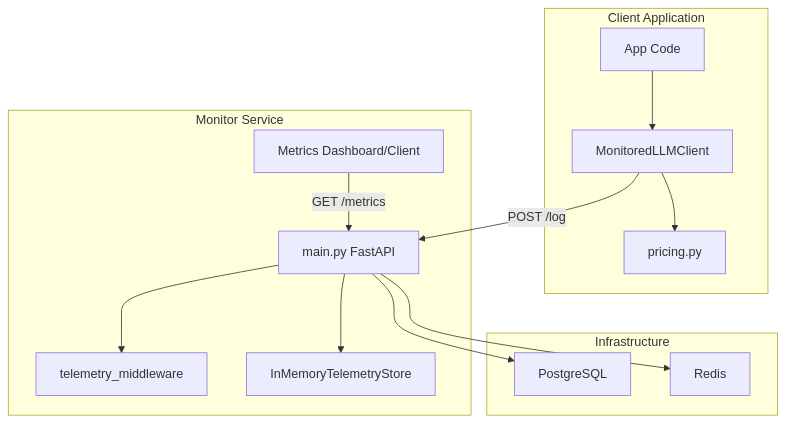
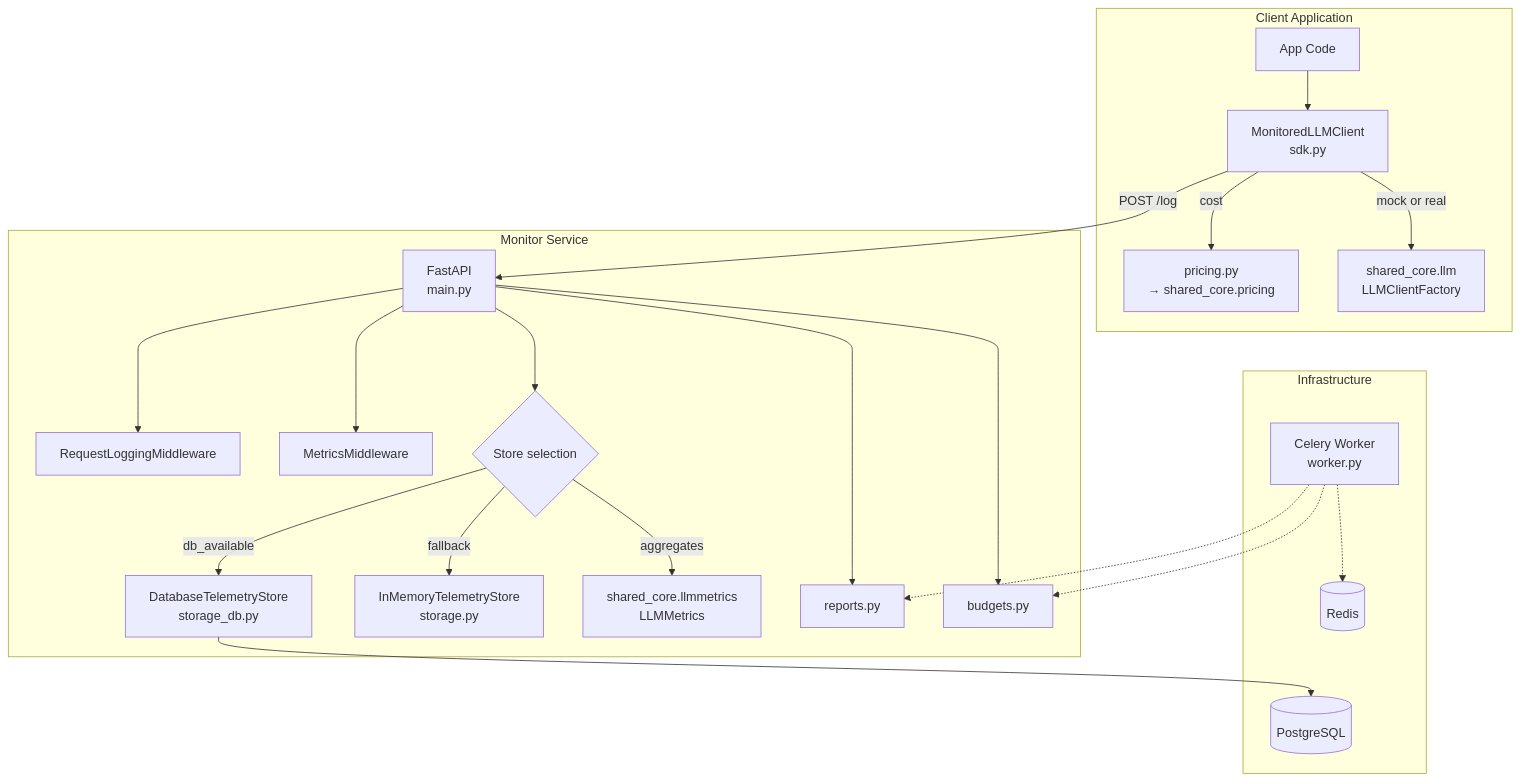
The first of 3 diagrams in docs/architecture.md (FishRaposo/llm-cost-latency-monitor), drawn with Mermaid before and after one commit. The commit also changed other lines of this file and 94 other files, not shown here.

````diff
--- a/docs/architecture.md
+++ b/docs/architecture.md
@@ -17,19 +20,27 @@
 ```mermaid
 graph TD
     subgraph Client Application
-        App[App Code] --> Client[MonitoredLLMClient]
-        Client --> PricingEngine[pricing.py]
+        App[App Code] --> Client[MonitoredLLMClient<br/>sdk.py]
+        Client -->|cost| Pricing[pricing.py<br/>→ shared_core.pricing]
+        Client -->|mock or real| LLM[shared_core.llm<br/>LLMClientFactory]
     end
 
     subgraph Monitor Service
-        Client -->|POST /log| APIServer[main.py FastAPI]
-        APIServer --> Middleware[telemetry_middleware]
-        APIServer --> Store[InMemoryTelemetryStore]
-        Dashboard[Metrics Dashboard/Client] -->|GET /metrics| APIServer
+        Client -->|POST /log| API[FastAPI<br/>main.py]
+        API --> ReqLog[RequestLoggingMiddleware]
+        API --> PromMW[MetricsMiddleware]
+        API --> Store{Store selection}
+        Store -->|db_available| DBStore[DatabaseTelemetryStore<br/>storage_db.py]
+        Store -->|fallback| MemStore[InMemoryTelemetryStore<br/>storage.py]
+        Store -->|aggregates| Agg[shared_core.llmmetrics<br/>LLMMetrics]
+        API --> Reports[reports.py]
+        API --> Budgets[budgets.py]
     end
 
     subgraph Infrastructure
-        APIServer --> DB[PostgreSQL]
-        APIServer --> Redis[Redis]
+        DBStore --> PG[(PostgreSQL)]
+        Worker[Celery Worker<br/>worker.py] -.-> Redis[(Redis)]
+        Worker -.-> Reports
+        Worker -.-> Budgets
     end
 ```
````
